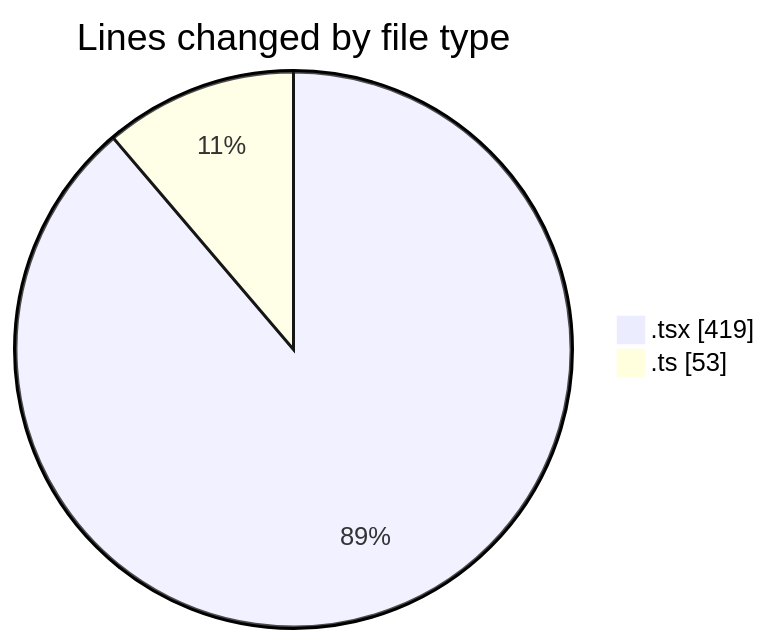
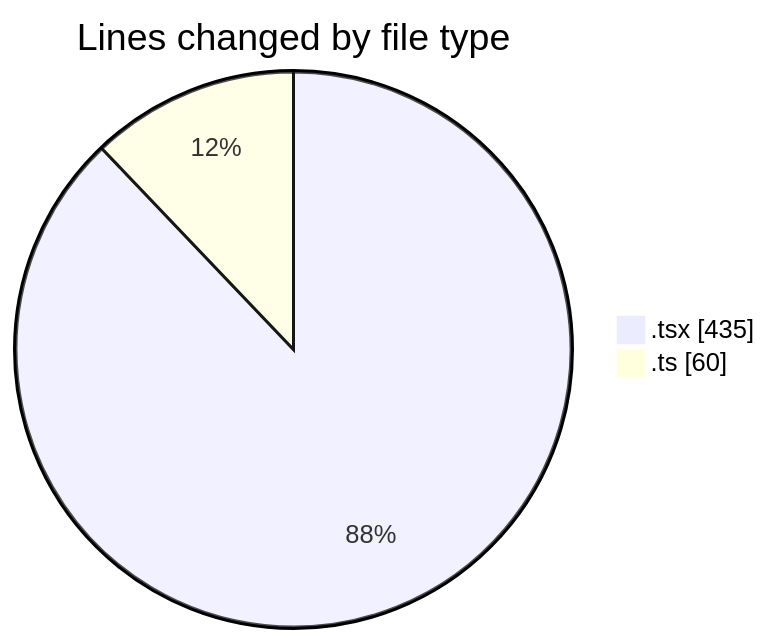
Before and after one commit to julien-gomy/code-tracking: the first of 2 diagrams in 2025-11-18/eventscop-frontend-guide__workspace_/README.md, drawn with Mermaid. The commit also changed other lines of this file and 1 other file, not shown here.

````diff
--- a/2025-11-18/eventscop-frontend-guide__workspace_/README.md
+++ b/2025-11-18/eventscop-frontend-guide__workspace_/README.md
@@ -27,6 +27,6 @@
 ```mermaid
 pie showData
 title Lines changed by file type
-".tsx" : 419
-".ts" : 53
+".tsx" : 435
+".ts" : 60
 ```
````
